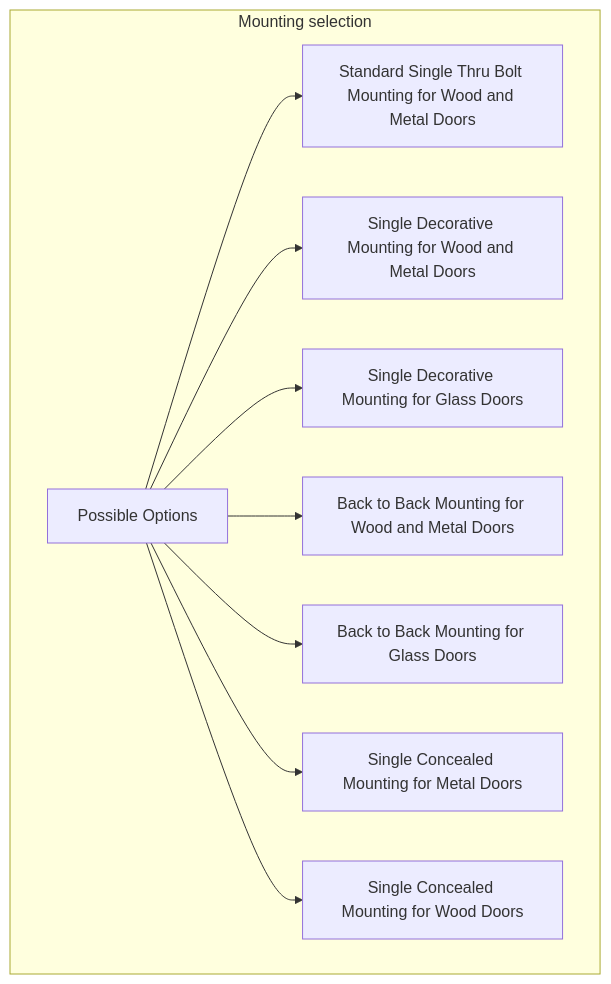
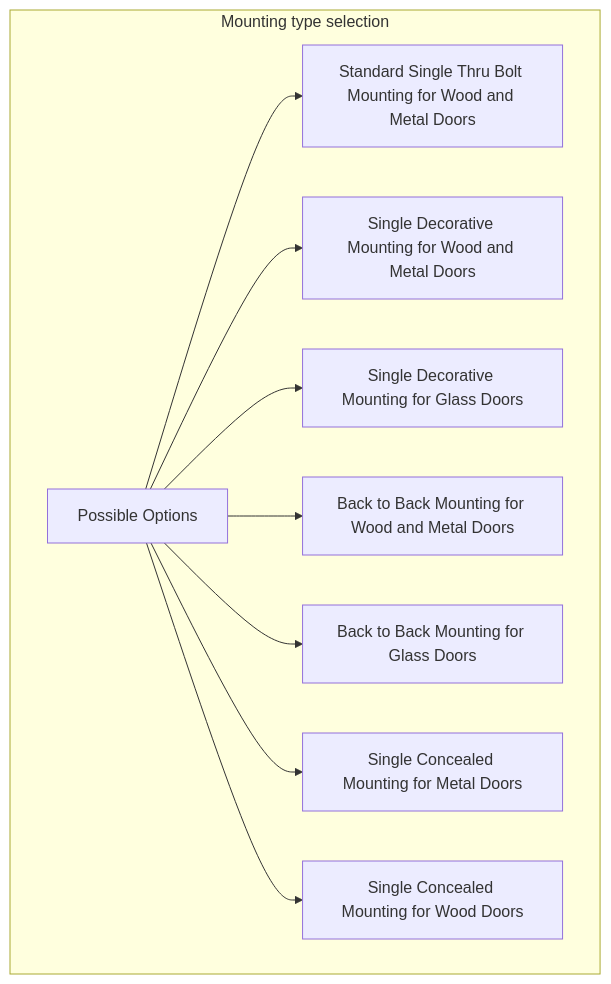
One commit to alokdas81/diamond-pricebook-diagram changed diagram 30 of 32 in README.md. Above: the diagram before and after it, drawn with Mermaid. The commit also changed other lines of this file, not shown here.

````diff
--- a/README.md
+++ b/README.md
@@ -1039,14 +1033,14 @@
 ```mermaid
 graph TB
 
 
-subgraph Mounting selection
+subgraph Mounting type selection
 N[Possible Options] --> O[Standard Single Thru Bolt Mounting for Wood and Metal Doors]
 N --> P[Single Decorative Mounting for Wood and Metal Doors]
 N --> Q[Single Decorative Mounting for Glass Doors]
 N --> R[Back to Back Mounting for Wood and Metal Doors]
 N --> S[Back to Back Mounting for Glass Doors]
 N --> T[Single Concealed Mounting for Metal Doors]
 N --> U[Single Concealed Mounting for Wood Doors]
 end
 ```
````
